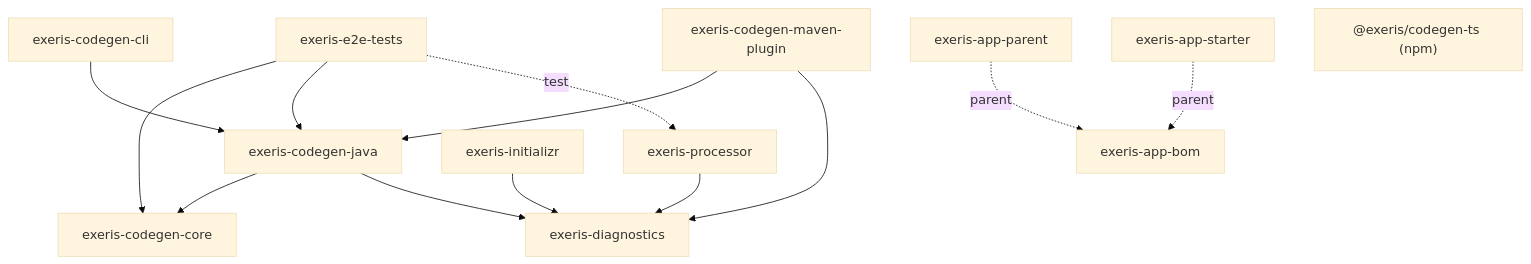
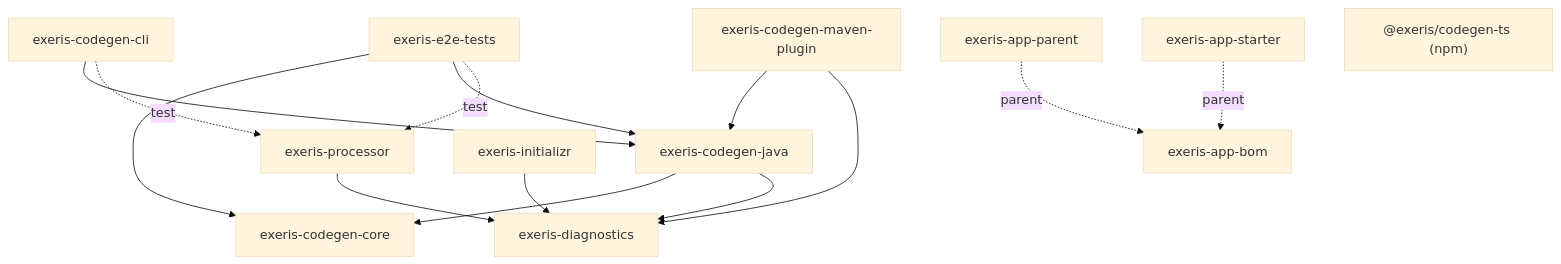
The second of 2 diagrams in docs/architecture.md (exeris-systems/exeris-tooling), drawn with Mermaid (base theme) before and after one commit. The commit also changed other lines of this file and 26 other files, not shown here.

````diff
--- a/docs/architecture.md
+++ b/docs/architecture.md
@@ -48,28 +48,29 @@
 ```mermaid
 graph TD
     diag[exeris-diagnostics]
     proc[exeris-processor]
     core[exeris-codegen-core]
     java[exeris-codegen-java]
     cli[exeris-codegen-cli]
     plug[exeris-codegen-maven-plugin]
     init[exeris-initializr]
     bom[exeris-app-bom]
     parent[exeris-app-parent]
     starter[exeris-app-starter]
     e2e[exeris-e2e-tests]
     ts["@exeris/codegen-ts (npm)"]
 
     proc --> diag
     java --> core
     java --> diag
     cli --> java
+    cli -. test .-> proc
     plug --> java
     plug --> diag
     init --> diag
     parent -. parent .-> bom
     starter -. parent .-> bom
     e2e --> core
     e2e --> java
     e2e -. test .-> proc
 ```
````
